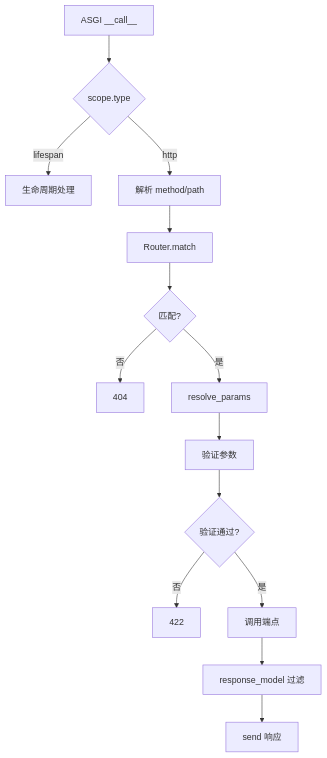
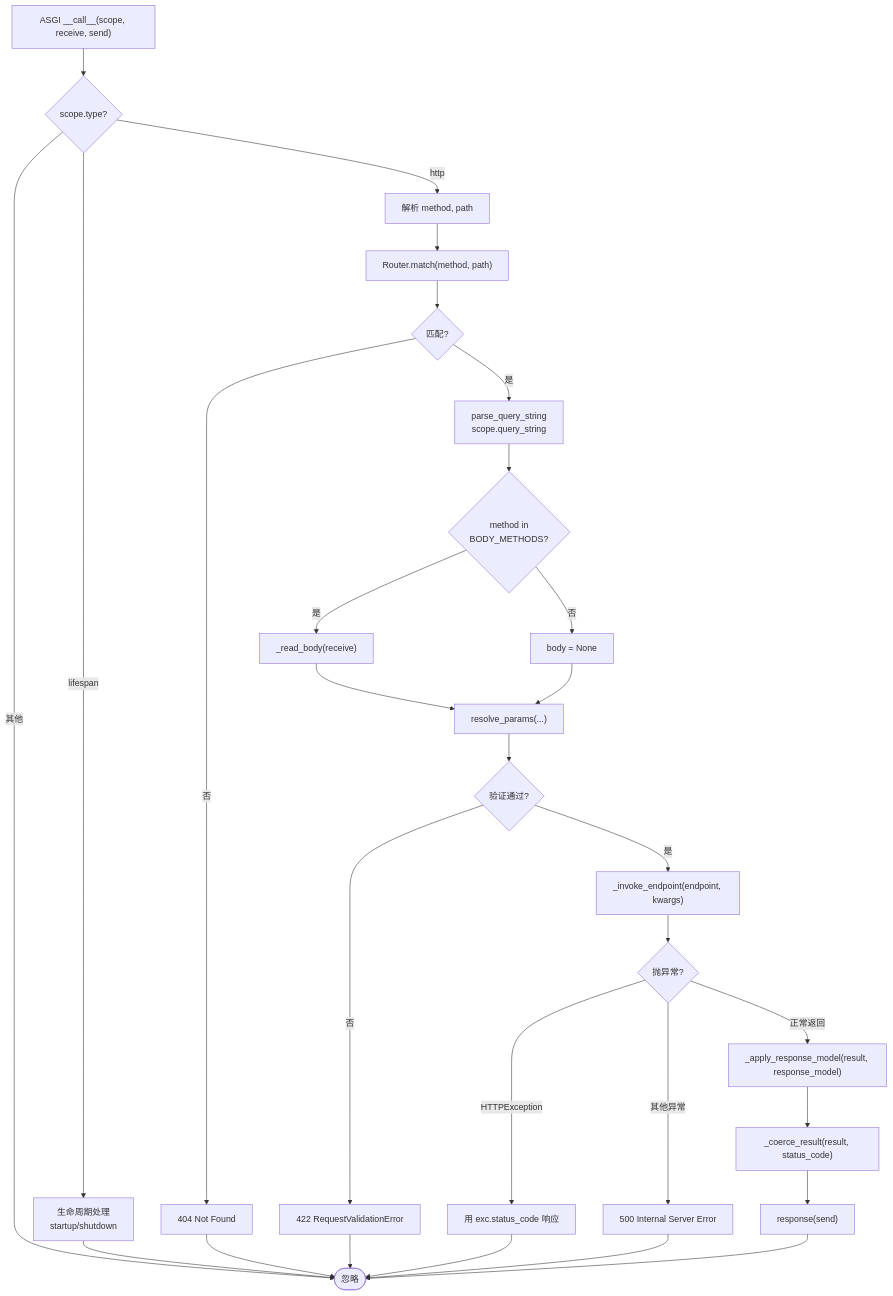
The first of 2 diagrams in docs/docs/03-mini-framework/index.md (wanglh39/fastapi-learning), drawn with Mermaid before and after one commit. The commit also changed other lines of this file and 7 other files, not shown here.

Commit message:
feat: stage3 routing and param binding v0.1-v0.3, response_model, 422, 62 tests, docs 1052 lines

````diff
--- a/docs/docs/03-mini-framework/index.md
+++ b/docs/docs/03-mini-framework/index.md
@@ -126,16 +751,38 @@
 ```mermaid
 flowchart TD
-    A[ASGI __call__] --> B{scope.type}
-    B -->|lifespan| C[生命周期处理]
-    B -->|http| D[解析 method/path]
-    D --> E[Router.match]
-    E --> F{匹配?}
-    F -->|否| G[404]
-    F -->|是| H[resolve_params]
-    H --> I[验证参数]
-    I --> J{验证通过?}
-    J -->|否| K[422]
-    J -->|是| L[调用端点]
-    L --> M[response_model 过滤]
-    M --> N[send 响应]
+    A["ASGI __call__(scope, receive, send)"] --> B{"scope.type?"}
+    B -->|lifespan| C["生命周期处理<br/>startup/shutdown"]
+    B -->|http| D["解析 method, path"]
+    B -->|其他| END(["忽略"])
+
+    D --> E["Router.match(method, path)"]
+    E --> F{"匹配?"}
+    F -->|否| G["404 Not Found"]
+    F -->|是| H["parse_query_string<br/>scope.query_string"]
+
+    H --> I{"method in<br/>BODY_METHODS?"}
+    I -->|是| J["_read_body(receive)"]
+    I -->|否| K["body = None"]
+
+    J --> L["resolve_params(...)"]
+    K --> L
+
+    L --> M{"验证通过?"}
+    M -->|否| N["422 RequestValidationError"]
+    M -->|是| O["_invoke_endpoint(endpoint, kwargs)"]
+
+    O --> P{"抛异常?"}
+    P -->|HTTPException| Q["用 exc.status_code 响应"]
+    P -->|其他异常| R["500 Internal Server Error"]
+    P -->|正常返回| S["_apply_response_model(result, response_model)"]
+
+    S --> T["_coerce_result(result, status_code)"]
+    T --> U["response(send)"]
+
+    C --> END
+    G --> END
+    N --> END
+    Q --> END
+    R --> END
+    U --> END
 ```
````
